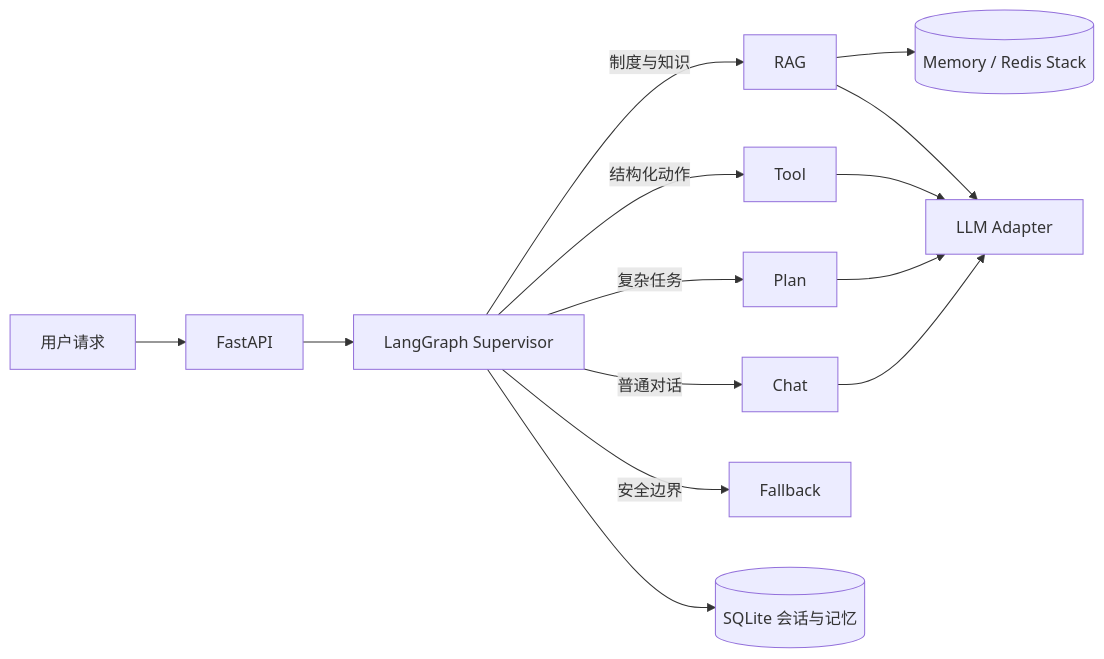
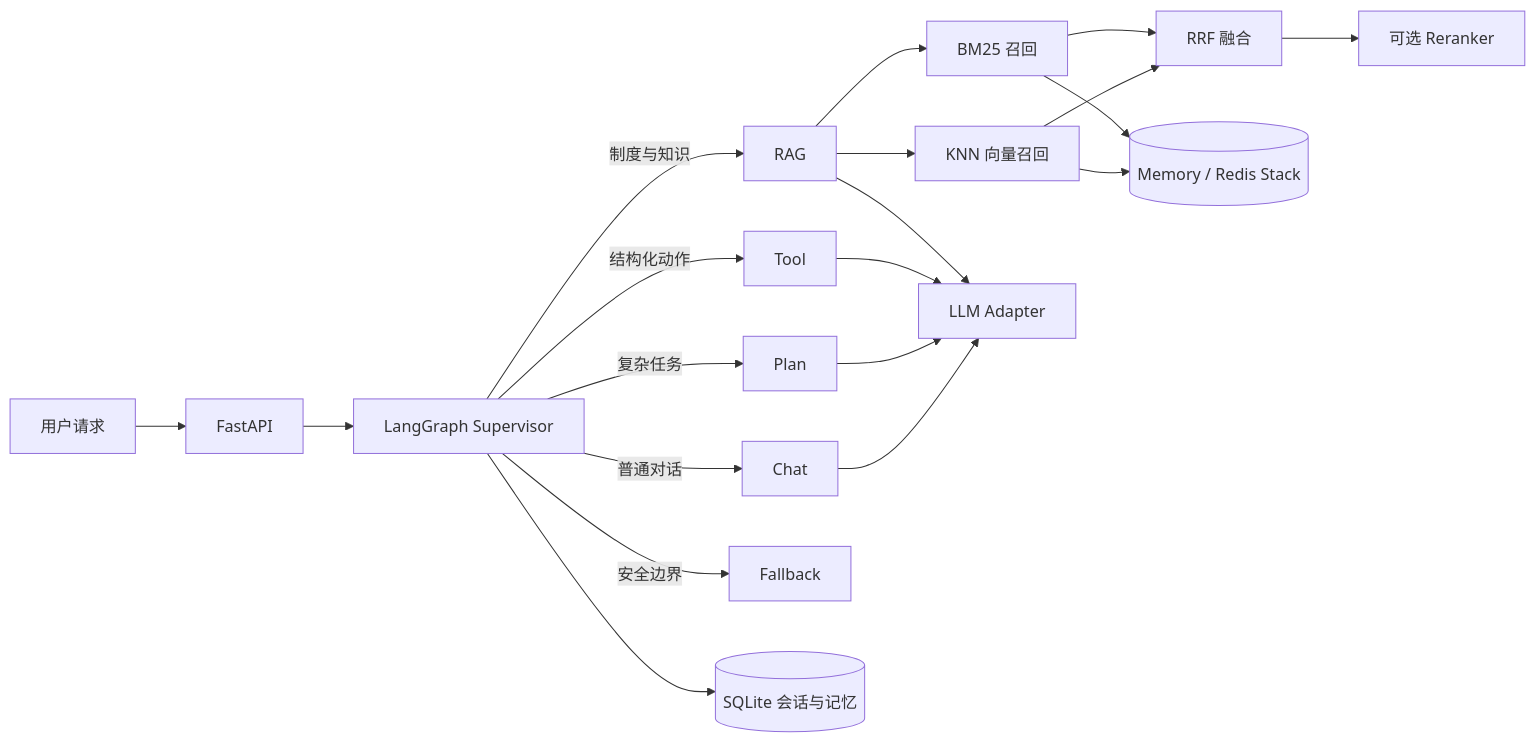
The diagram in README.md (shmoon250216-sys/agentic-rag-platform), drawn with Mermaid before and after one commit. The commit also changed other lines of this file and 21 other files, not shown here.

````diff
--- a/README.md
+++ b/README.md
@@ -17,16 +17,22 @@
 ```mermaid
 flowchart LR
     U[用户请求] --> API[FastAPI]
     API --> S[LangGraph Supervisor]
     S -->|制度与知识| R[RAG]
     S -->|结构化动作| T[Tool]
     S -->|复杂任务| P[Plan]
     S -->|普通对话| C[Chat]
     S -->|安全边界| F[Fallback]
-    R --> K[(Memory / Redis Stack)]
+    R --> B[BM25 召回]
+    R --> V[KNN 向量召回]
+    B --> H[RRF 融合]
+    V --> H
+    H --> X[可选 Reranker]
+    B --> K[(Memory / Redis Stack)]
+    V --> K
     R --> L[LLM Adapter]
     T --> L
     P --> L
     C --> L
     S --> M[(SQLite 会话与记忆)]
 ```
````
